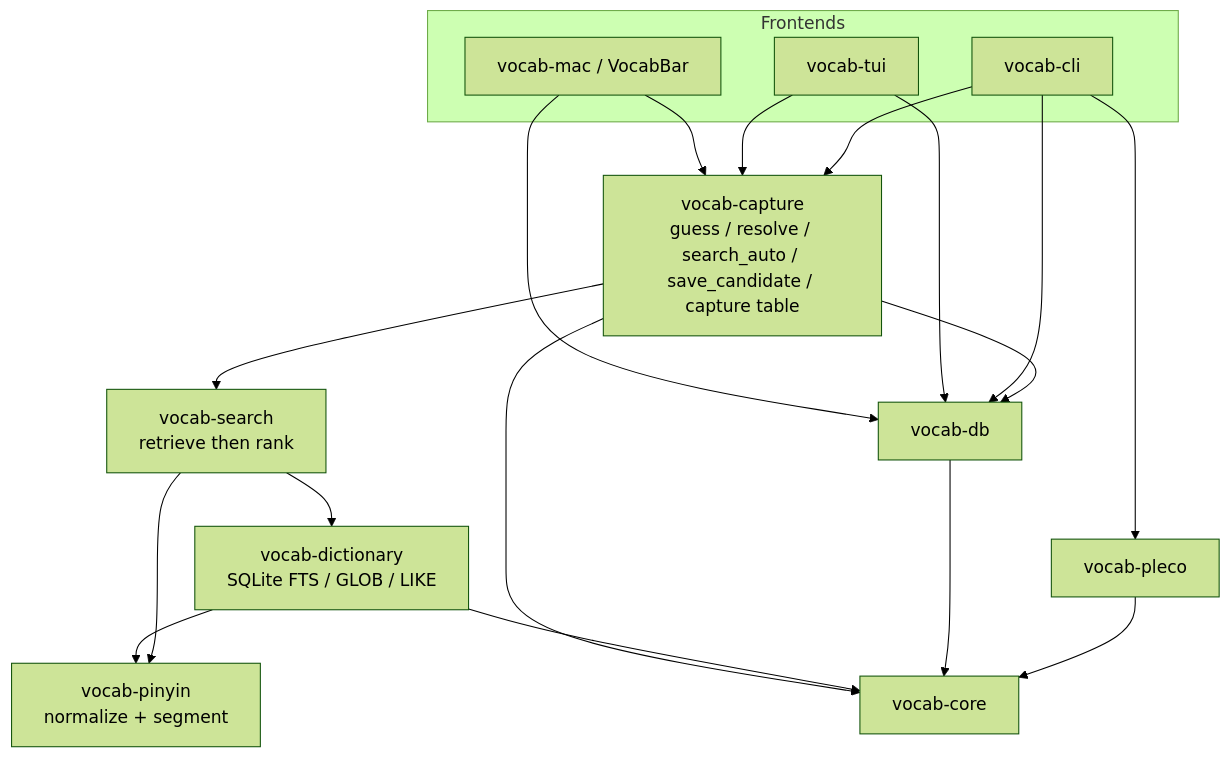
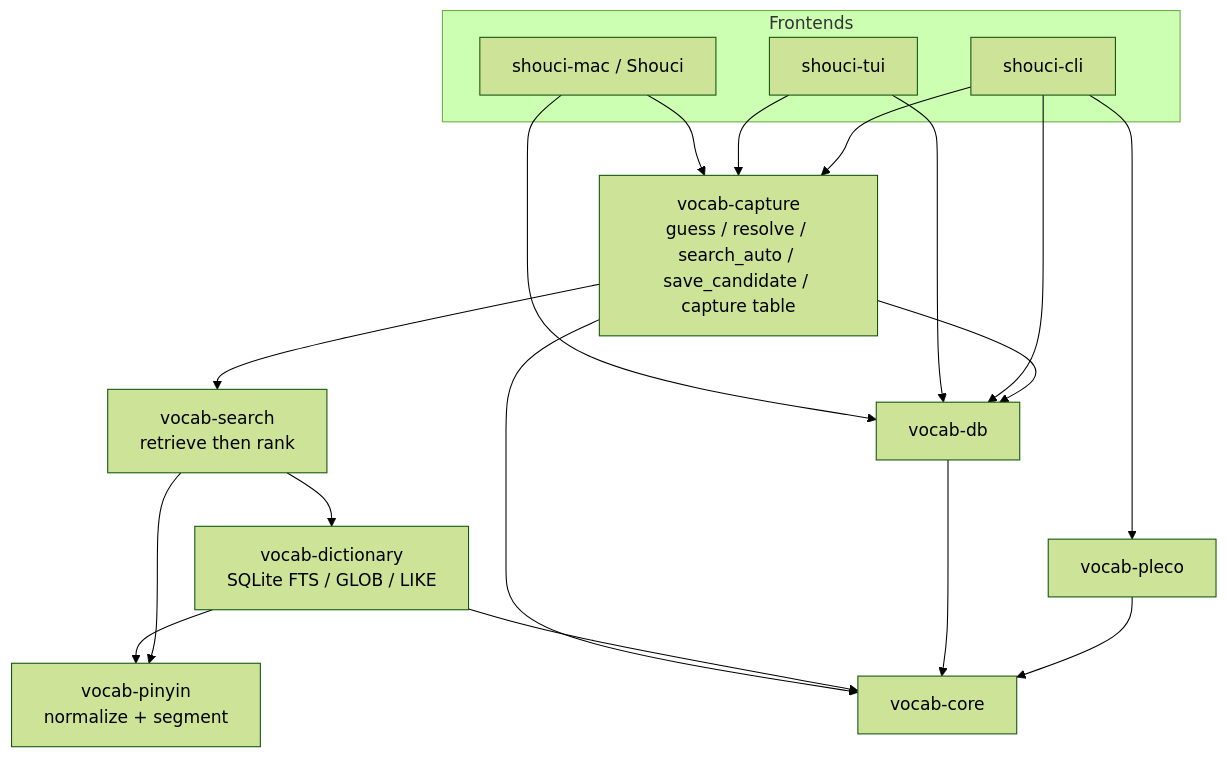
One commit to ZacharyZampa/Shouci changed the diagram in DEV.md. Above: the diagram before and after it, drawn with Mermaid (forest theme). The commit also changed other lines of this file and 30 other files, not shown here.

````diff
--- a/DEV.md
+++ b/DEV.md
@@ -7,34 +7,34 @@
 ```mermaid
 flowchart TB
   subgraph frontends [Frontends]
-    CLI["vocab-cli"]
-    TUI["vocab-tui"]
-    MAC["vocab-mac / VocabBar"]
+    CLI["shouci-cli"]
+    TUI["shouci-tui"]
+    MAC["shouci-mac / Shouci"]
   end
 
   CAP["vocab-capture\nguess / resolve / search_auto / save_candidate / capture table"]
   SRCH["vocab-search\nretrieve then rank"]
   DICT["vocab-dictionary\nSQLite FTS / GLOB / LIKE"]
   PY["vocab-pinyin\nnormalize + segment"]
   UDB["vocab-db"]
   PLECO["vocab-pleco"]
   CORE["vocab-core"]
 
   CLI --> CAP
   TUI --> CAP
   MAC --> CAP
 
   CAP --> SRCH
   CAP --> UDB
   SRCH --> DICT
   SRCH --> PY
   DICT --> PY
   CLI --> PLECO
   CLI --> UDB
   TUI --> UDB
   MAC --> UDB
   PLECO --> CORE
   UDB --> CORE
   DICT --> CORE
   CAP --> CORE
 ```
````
